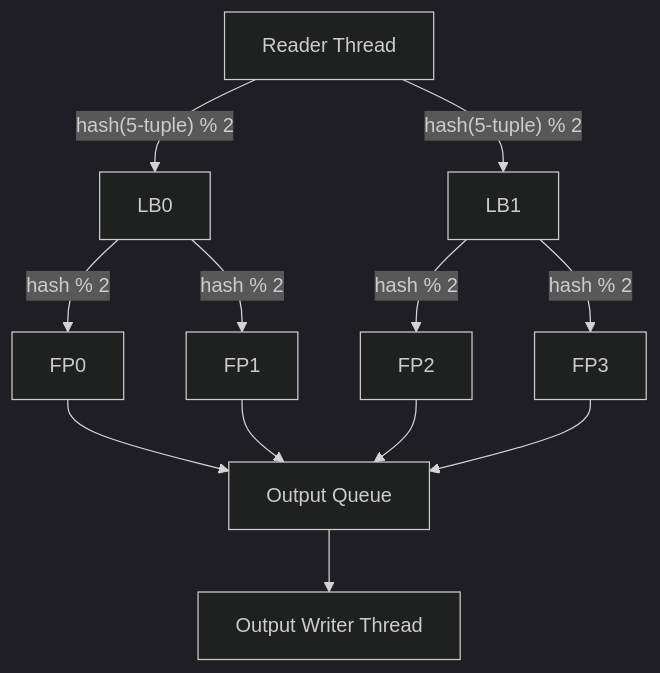
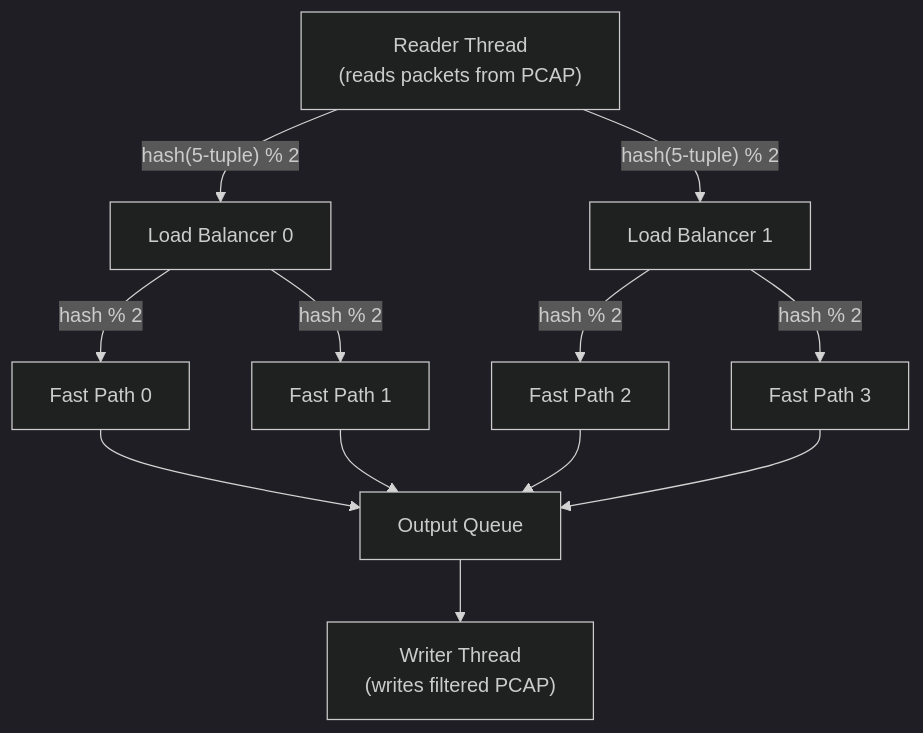
The fifth of 7 diagrams in README.md (hemant2725/dpi-engine), drawn with Mermaid (dark theme) before and after one commit. The commit also changed other lines of this file, not shown here.

````diff
--- a/README.md
+++ b/README.md
@@ -102,26 +195,26 @@
 ```mermaid
 flowchart TB
-    R["Reader Thread"]
-    LB0["LB0"]
-    LB1["LB1"]
-    FP0["FP0"]
-    FP1["FP1"]
-    FP2["FP2"]
-    FP3["FP3"]
+    R["Reader Thread\n(reads packets from PCAP)"]
+    LB0["Load Balancer 0"]
+    LB1["Load Balancer 1"]
+    FP0["Fast Path 0"]
+    FP1["Fast Path 1"]
+    FP2["Fast Path 2"]
+    FP3["Fast Path 3"]
     OQ["Output Queue"]
-    W["Output Writer Thread"]
+    W["Writer Thread\n(writes filtered PCAP)"]
 
     R -->|"hash(5-tuple) % 2"| LB0
     R -->|"hash(5-tuple) % 2"| LB1
 
     LB0 -->|"hash % 2"| FP0
     LB0 -->|"hash % 2"| FP1
     LB1 -->|"hash % 2"| FP2
     LB1 -->|"hash % 2"| FP3
 
     FP0 --> OQ
     FP1 --> OQ
     FP2 --> OQ
     FP3 --> OQ
     OQ --> W
 ```
````
